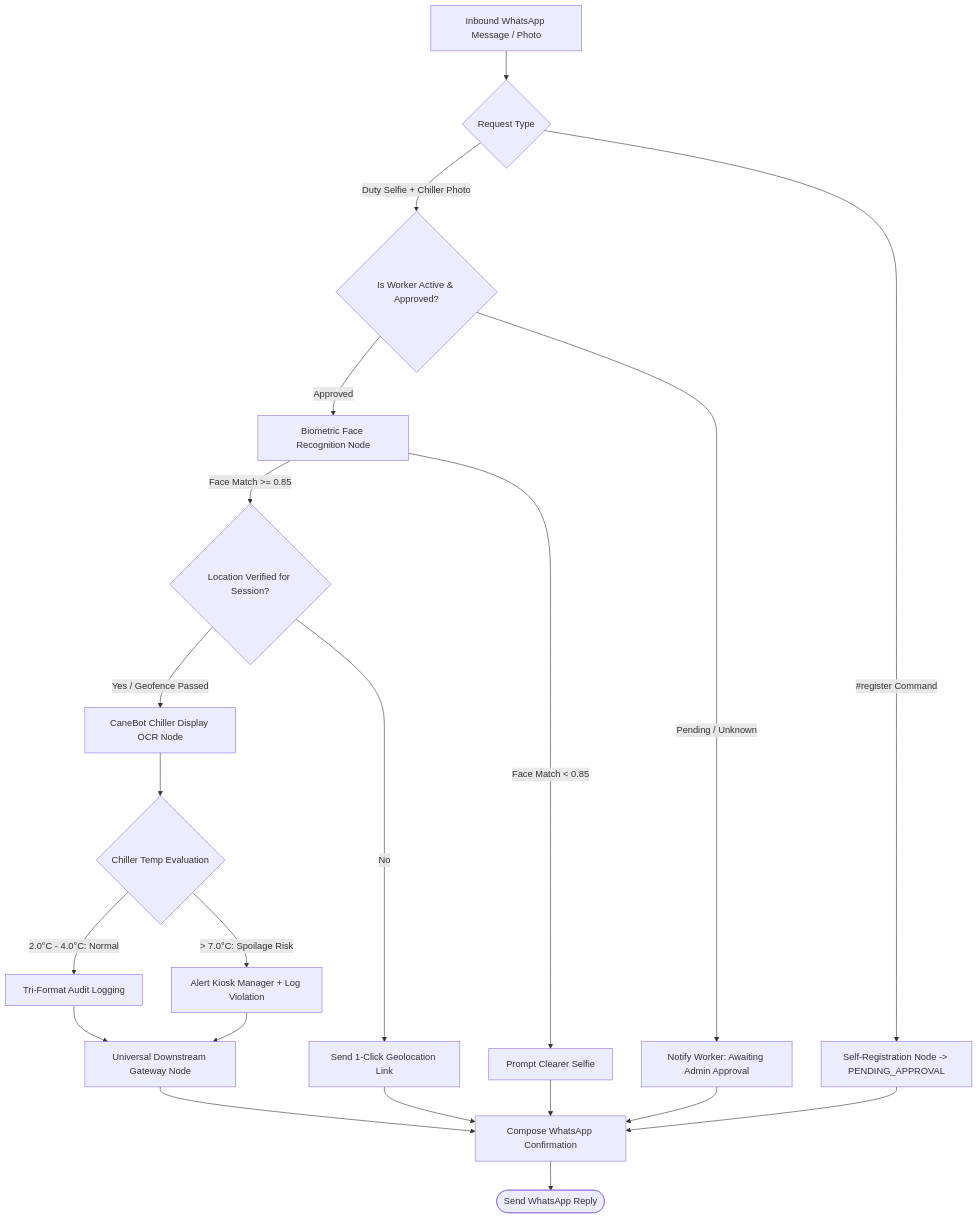
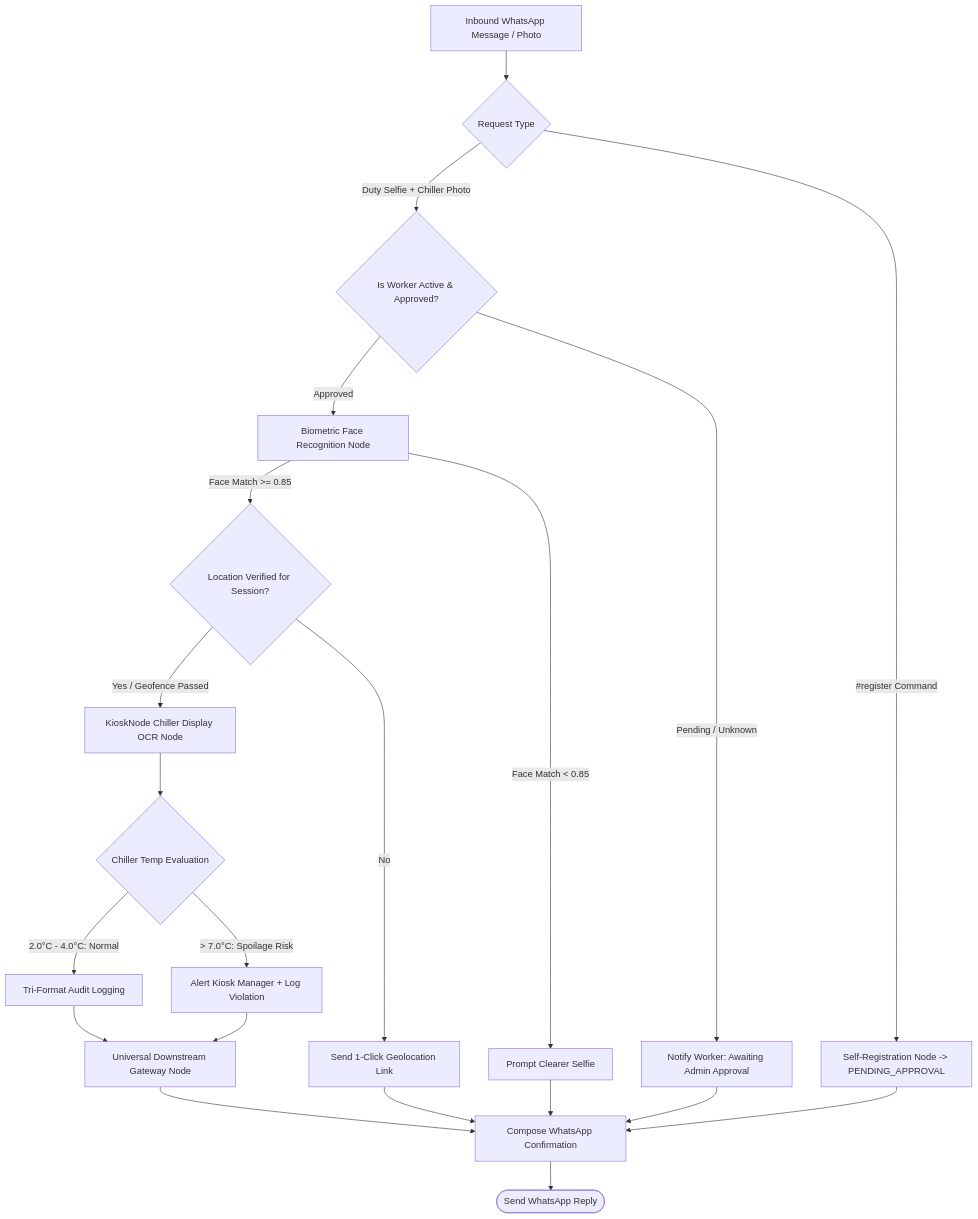
One commit to meetmahendra/Release100 changed the fourth of 5 diagrams in plans/03_app_temperature_marker_v1.1.md. Above: the diagram before and after it, drawn with Mermaid. The commit also changed other lines of this file and 41 other files, not shown here.

````diff
--- a/plans/03_app_temperature_marker_v1.1.md
+++ b/plans/03_app_temperature_marker_v1.1.md
@@ -242,31 +242,31 @@
 ```mermaid
 graph TD
     Inbound[Inbound WhatsApp Message / Photo] --> RouterNode{Request Type}
     
     RouterNode -->|#register Command| OnboardingNode[Self-Registration Node -> PENDING_APPROVAL]
     RouterNode -->|Duty Selfie + Chiller Photo| AuthCheckNode{Is Worker Active & Approved?}
     
     AuthCheckNode -->|Pending / Unknown| RejectPending[Notify Worker: Awaiting Admin Approval]
     AuthCheckNode -->|Approved| FaceMatchNode[Biometric Face Recognition Node]
     
     FaceMatchNode -->|Face Match >= 0.85| LocationCheckNode{Location Verified for Session?}
     FaceMatchNode -->|Face Match < 0.85| PromptRetake[Prompt Clearer Selfie]
     
     LocationCheckNode -->|No| SendLocationLink[Send 1-Click Geolocation Link]
-    LocationCheckNode -->|Yes / Geofence Passed| DisplayOCRNode[CaneBot Chiller Display OCR Node]
+    LocationCheckNode -->|Yes / Geofence Passed| DisplayOCRNode[KioskNode Chiller Display OCR Node]
     
     DisplayOCRNode --> HACCPCheckNode{Chiller Temp Evaluation}
     HACCPCheckNode -->|2.0°C - 4.0°C: Normal| CommitLogNode[Tri-Format Audit Logging]
     HACCPCheckNode -->|> 7.0°C: Spoilage Risk| CriticalAlertNode[Alert Kiosk Manager + Log Violation]
     
     CommitLogNode --> DownstreamDispatchNode[Universal Downstream Gateway Node]
     CriticalAlertNode --> DownstreamDispatchNode
     
     DownstreamDispatchNode --> ComposeReplyNode[Compose WhatsApp Confirmation]
     SendLocationLink --> ComposeReplyNode
     PromptRetake --> ComposeReplyNode
     RejectPending --> ComposeReplyNode
     OnboardingNode --> ComposeReplyNode
     
     ComposeReplyNode --> OutboundReply([Send WhatsApp Reply])
 ```
````
